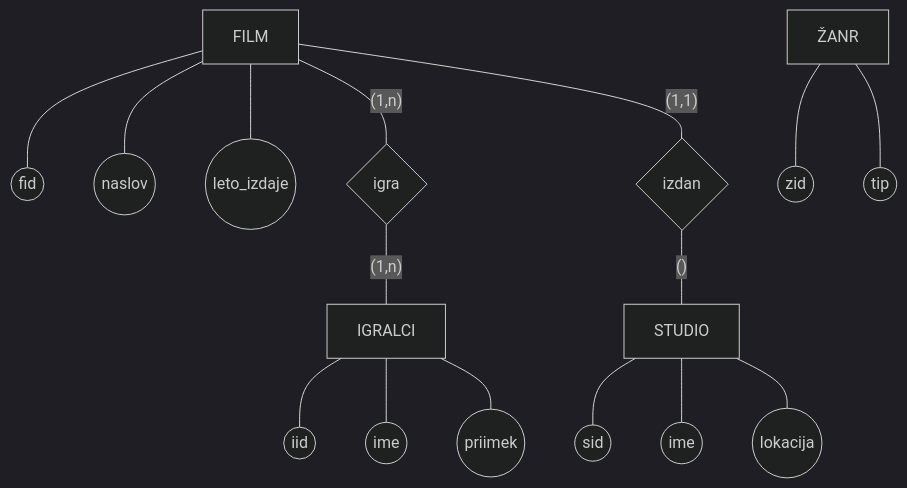
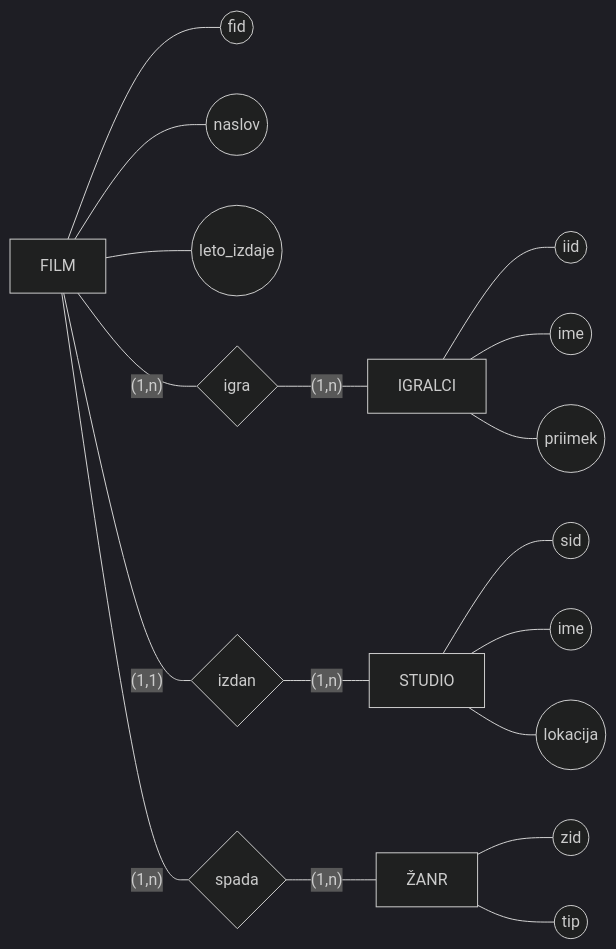
One commit to Tiggax/Zapiski changed the diagram in 2. Letnik/Osnove podatkovnih baz/vaje 19-1-2022.md. Above: the diagram before and after it, drawn with Mermaid (dark theme). The commit also changed other lines of this file, not shown here.

Commit message:
flyingarchie backup: 2022-01-19 11:06:59

````diff
--- a/2. Letnik/Osnove podatkovnih baz/vaje 19-1-2022.md
+++ b/2. Letnik/Osnove podatkovnih baz/vaje 19-1-2022.md
@@ -2,25 +2,26 @@
 ```mermaid
-flowchart TD
+flowchart LR
 A[FILM]
 B[STUDIO]
 C[IGRALCI]
 D[ŽANR]
 
 A---A1((fid))
 A---A2((naslov))
 A---A3((leto_izdaje))
 
 B---B1((sid))
 B---B2((ime))
 B---B3((lokacija))
 
 C---C1((iid))
 C---C2((ime))
 C---C3((priimek))
 
 D---D1((zid))
 D---D2((tip))
 
 A-- "(1,n)" ---E{igra}-- "(1,n)" ---C
-A-- "(1,1)" ---F{izdan}-- "()" ---B
+A-- "(1,1)" ---F{izdan}-- "(1,n)" ---B
+A-- "(1,n)" ---G{spada}-- "(1,n)" ---D
 ```
````
